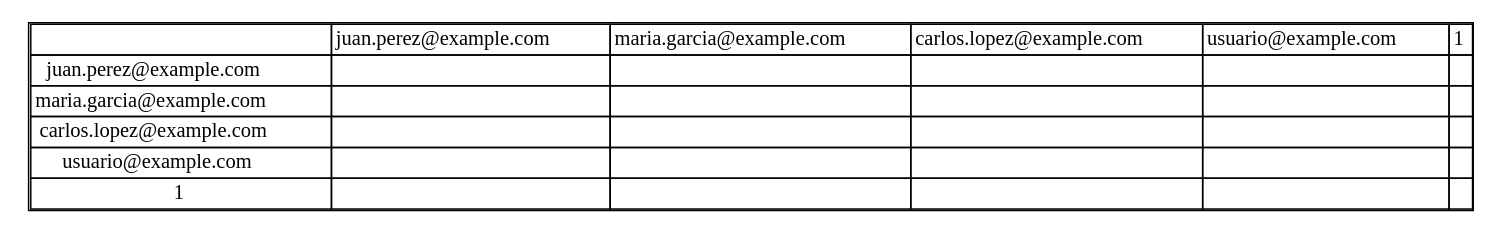
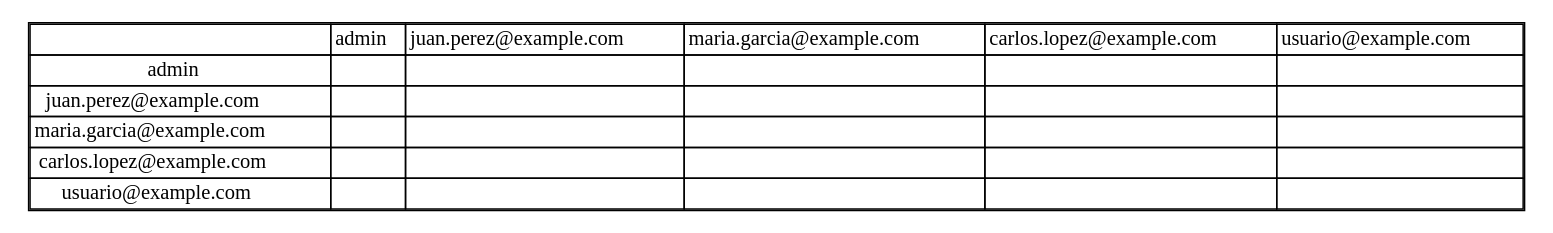
One commit to LightDemon12/-EDD-PROYECTOS_202100215 changed the diagram in Fase#1/cmake-build-debug/matriz_usuarios.dot. Above: the diagram before and after it, drawn with Graphviz. The commit also changed 92 other files, not shown here.

```diff
--- a/Fase#1/cmake-build-debug/matriz_usuarios.dot
+++ b/Fase#1/cmake-build-debug/matriz_usuarios.dot
@@ -1,12 +1,12 @@
 digraph G {
 node [shape=plaintext]
 a [label=<
 <table border='1' cellborder='1' cellspacing='0'>
-<tr><td></td><td>juan.perez@example.com</td><td>maria.garcia@example.com</td><td>carlos.lopez@example.com</td><td>usuario@example.com</td><td>1</td></tr>
+<tr><td></td><td>admin</td><td>juan.perez@example.com</td><td>maria.garcia@example.com</td><td>carlos.lopez@example.com</td><td>usuario@example.com</td></tr>
+<tr><td>admin</td><td></td><td></td><td></td><td></td><td></td></tr>
 <tr><td>juan.perez@example.com</td><td></td><td></td><td></td><td></td><td></td></tr>
 <tr><td>maria.garcia@example.com</td><td></td><td></td><td></td><td></td><td></td></tr>
 <tr><td>carlos.lopez@example.com</td><td></td><td></td><td></td><td></td><td></td></tr>
 <tr><td>usuario@example.com</td><td></td><td></td><td></td><td></td><td></td></tr>
-<tr><td>1</td><td></td><td></td><td></td><td></td><td></td></tr>
 </table>>];
 }
```
